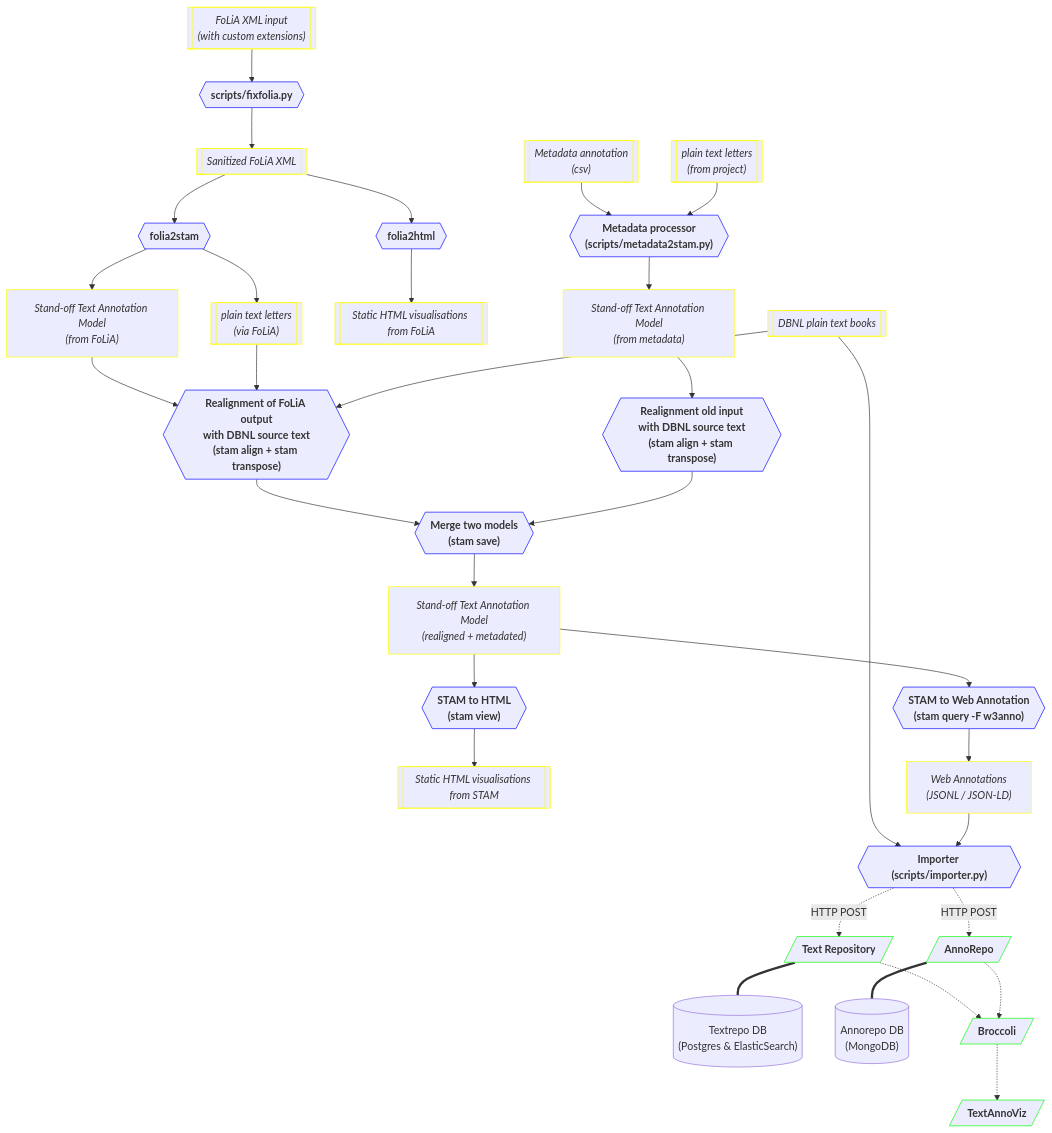
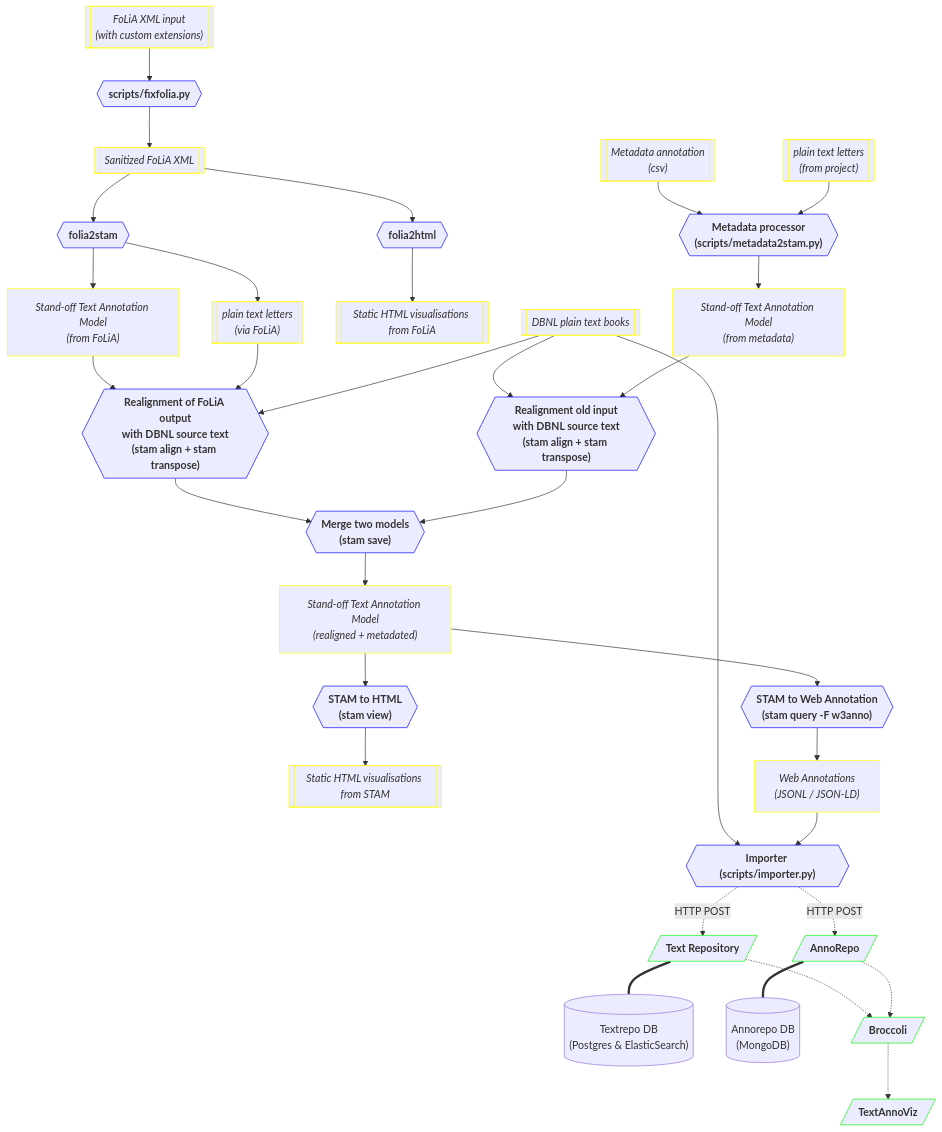
The diagram in README.md (knaw-huc/brieven-van-hooft-pipeline), drawn with Mermaid before and after one commit.

````diff
--- a/README.md
+++ b/README.md
@@ -104,68 +104,69 @@
 ```mermaid
 flowchart TD
     folia_input[["FoLiA XML input\n(with custom extensions)"]]
     folia_fixed[[Sanitized FoLiA XML]]
     fixfolia{{scripts/fixfolia.py}}
     folia2stam{{folia2stam}}
     stamstore["Stand-off Text Annotation Model\n(from FoLiA)"]
     stamstore2["Stand-off Text Annotation Model\n(from metadata)"]
     stamstorefinal["Stand-off Text Annotation Model\n(realigned + metadated)"]
     stamview{{"STAM to HTML\n(stam view)"}}
     stamhtml[["Static HTML visualisations from STAM"]]
     folia2html{{folia2html}}
     foliahtml[["Static HTML visualisations from FoLiA"]]
     stam2webanno{{"STAM to Web Annotation\n(stam query -F w3anno)"}}
     webanno["Web Annotations\n(JSONL / JSON-LD)"]
     foliaplaintext[["plain text letters\n(via FoLiA)"]]
     derivedplaintext[["plain text letters\n(from project)"]]
     dbnlplaintext[["DBNL plain text books"]]
     stamalign{{"Realignment of FoLiA output\nwith DBNL source text\n(stam align + stam transpose)"}}
     metadatacsv[["Metadata annotation\n(csv)"]]
     metadater{{"Metadata processor\n(scripts/metadata2stam.py)"}}
     metadataalign{{"Realignment old input\nwith DBNL source text\n(stam align + stam transpose)"}}
     stamsave{{"Merge two models\n(stam save)"}}
     importer{{"Importer (scripts/importer.py)"}}
     textrepo[/Text Repository/]
     textrepodb[("Textrepo DB\n(Postgres & ElasticSearch)")]
     annorepo[/AnnoRepo/]
     annorepodb[("Annorepo DB\n(MongoDB)")]
     broccoli[/Broccoli/]
     textannoviz[/TextAnnoViz/]
     folia_input --> fixfolia 
     fixfolia --> folia_fixed
     folia_fixed --> folia2stam
     folia_fixed --> folia2html
     folia2html --> foliahtml
     folia2stam --> foliaplaintext
     folia2stam --> stamstore
     stamstore --> stamalign
     foliaplaintext --> stamalign
     dbnlplaintext --> stamalign
+    dbnlplaintext --> metadataalign
     metadatacsv --> metadater
     derivedplaintext --> metadater
     metadater --> stamstore2
     stamstore2 --> metadataalign
     stamalign --> stamsave
     metadataalign --> stamsave
     stamsave --> stamstorefinal
     stamstorefinal --> stamview
     stamstorefinal --> stam2webanno
     stamview --> stamhtml
     stam2webanno --> webanno
     dbnlplaintext --> importer
     webanno --> importer
     importer -. "HTTP POST" .-> textrepo
     importer -. "HTTP POST" .-> annorepo
     textrepo -.-> broccoli
     textrepo === textrepodb
     annorepo === annorepodb
     annorepo -.-> broccoli
     broccoli -.-> textannoviz
 
     classDef process stroke:#00f,font-weight:bold
     classDef service stroke:#0f0,font-weight:bold
     classDef data stroke:#ff0,font-style:italic
     class fixfolia,folia2stam,stamview,folia2html,stam2webanno,stamalign,importer,metadater,metadataalign,stamsave process
     class textrepo,annorepo,textannoviz,broccoli service
     class folia_input,folia_fixed,stamstore,stamstore2,stamstorefinal,foliaplaintext,dbnlplaintext,webanno,foliahtml,stamhtml,derivedplaintext,metadatacsv data
 ```
````
